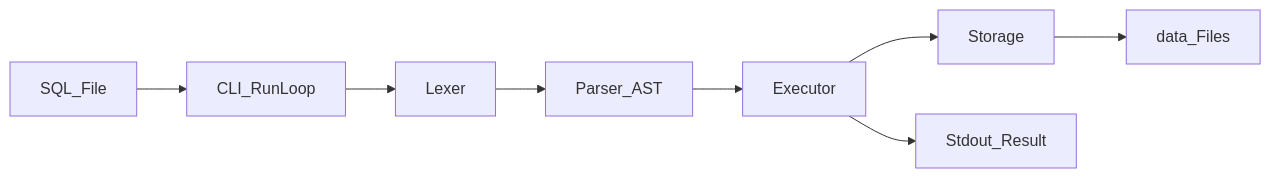
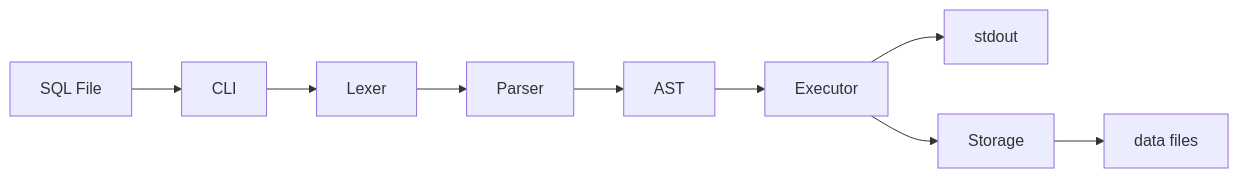
One commit to tail1887/sql_parsor changed the second of 12 diagrams in README.md. Above: the diagram before and after it, drawn with Mermaid. The commit also changed other lines of this file, not shown here.

````diff
--- a/README.md
+++ b/README.md
@@ -43,10 +47,11 @@
 ```mermaid
 flowchart LR
-    sqlFile[SQL_File] --> cli[CLI_RunLoop]
+    sqlFile[SQL File] --> cli[CLI]
     cli --> lexer[Lexer]
-    lexer --> parser[Parser_AST]
-    parser --> exec[Executor]
+    lexer --> parser[Parser]
+    parser --> ast[AST]
+    ast --> exec[Executor]
+    exec --> stdoutOut[stdout]
     exec --> storage[Storage]
-    exec --> stdoutOut[Stdout_Result]
-    storage --> dataFiles[data_Files]
+    storage --> dataFiles[data files]
 ```
````
